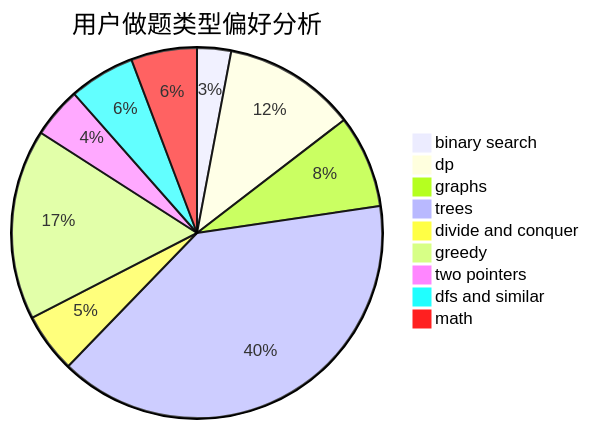
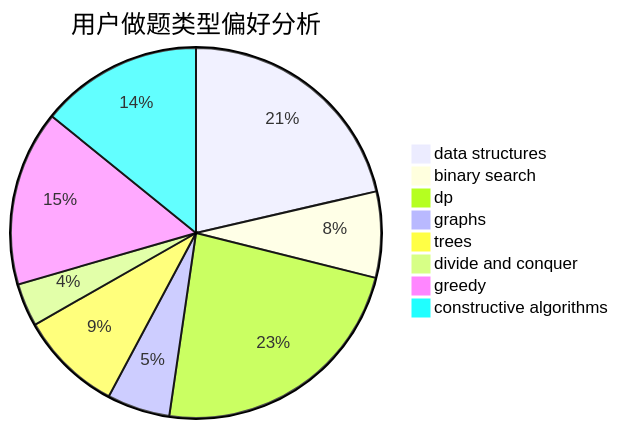
The second of 3 diagrams in docs/user/u2359.md (sherpahu/cfrs.github.io), drawn with Mermaid before and after one commit. The commit also changed other lines of this file and 2775 other files, not shown here.

````diff
--- a/docs/user/u2359.md
+++ b/docs/user/u2359.md
@@ -23,12 +23,11 @@
 ```mermaid
 pie title 用户做题类型偏好分析
-    "binary search" :  33
-    "dp" :  129
-    "graphs" :  90
-    "trees" :  440
-    "divide and conquer" :  58
-    "greedy" :  185
-    "two pointers" :  49
-    "dfs and similar" :  64
-    "math" :  64
+    "data structures" :  74
+    "binary search" :  26
+    "dp" :  81
+    "graphs" :  19
+    "trees" :  31
+    "divide and conquer" :  13
+    "greedy" :  53
+    "constructive algorithms" :  49
 ```
````
